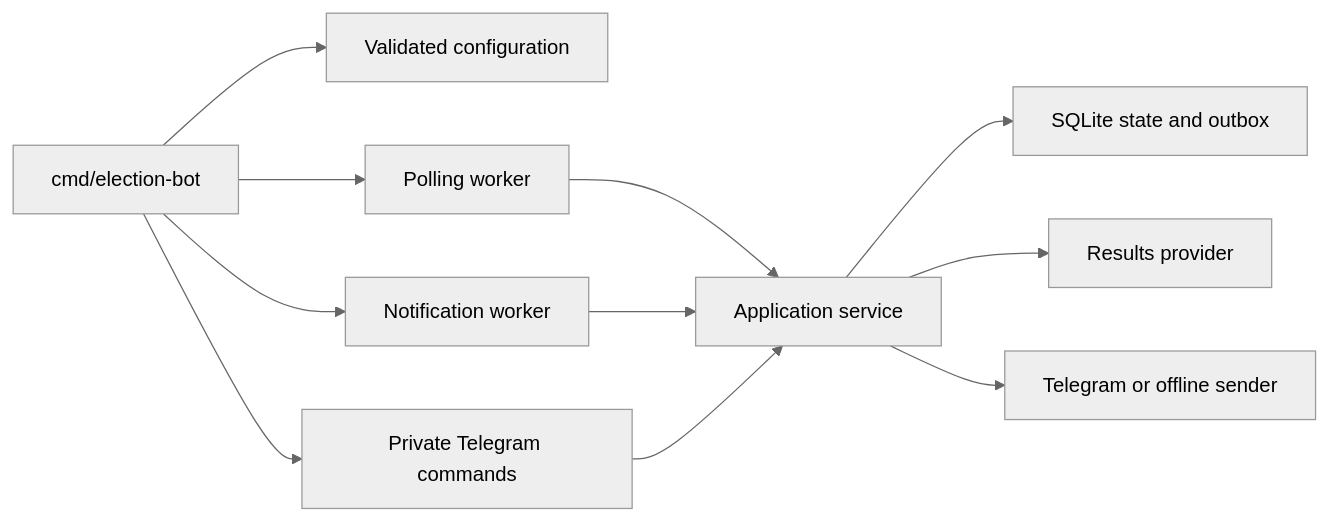
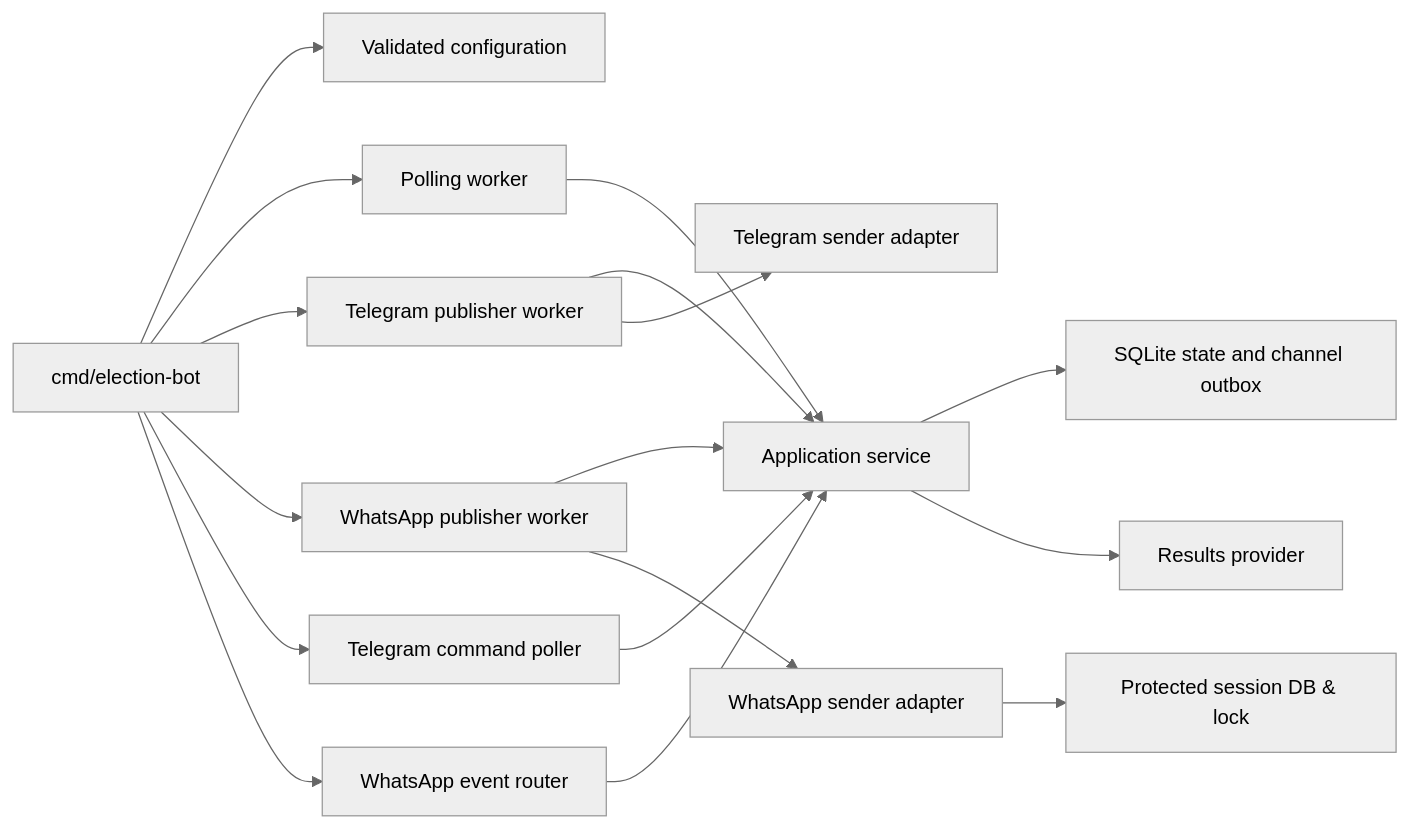
Before and after one commit to Diaszano/election-bot: the second of 7 diagrams in docs/architecture.md, drawn with Mermaid (neutral theme). The commit also changed other lines of this file and 8 other files, not shown here.

Commit message:
docs: record WhatsApp operation and final validation limits

````diff
--- a/docs/architecture.md
+++ b/docs/architecture.md
@@ -19,13 +19,19 @@
 ```mermaid
 flowchart LR
   Main[cmd/election-bot] --> Config[Validated configuration]
   Main --> Poller[Polling worker]
-  Main --> Publisher[Notification worker]
-  Main --> Commands[Private Telegram commands]
+  Main --> TelegramPub[Telegram publisher worker]
+  Main --> WhatsAppPub[WhatsApp publisher worker]
+  Main --> TelegramCmd[Telegram command poller]
+  Main --> WhatsAppCmd[WhatsApp event router]
   Poller --> Service[Application service]
-  Publisher --> Service
-  Commands --> Service
-  Service --> State[SQLite state and outbox]
+  TelegramPub --> Service
+  WhatsAppPub --> Service
+  TelegramCmd --> Service
+  WhatsAppCmd --> Service
+  Service --> State[SQLite state and channel outbox]
   Service --> Provider[Results provider]
-  Service --> Sender[Telegram or offline sender]
+  TelegramPub --> TelegramSender[Telegram sender adapter]
+  WhatsAppPub --> WhatsAppSender[WhatsApp sender adapter]
+  WhatsAppSender --> WhatsAppSession[Protected session DB & lock]
 ```
````
